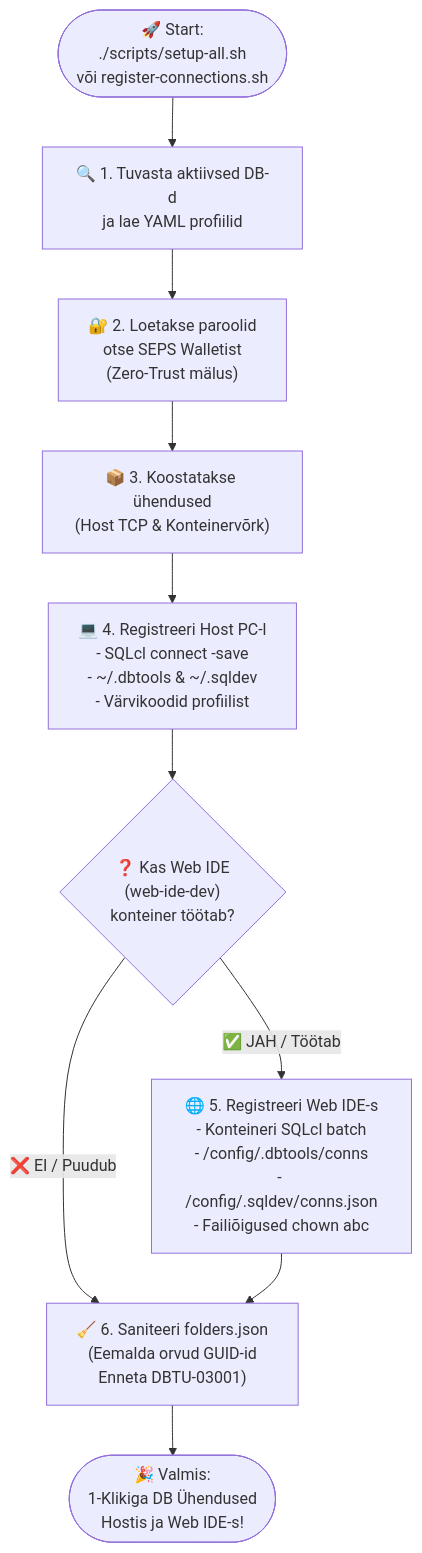
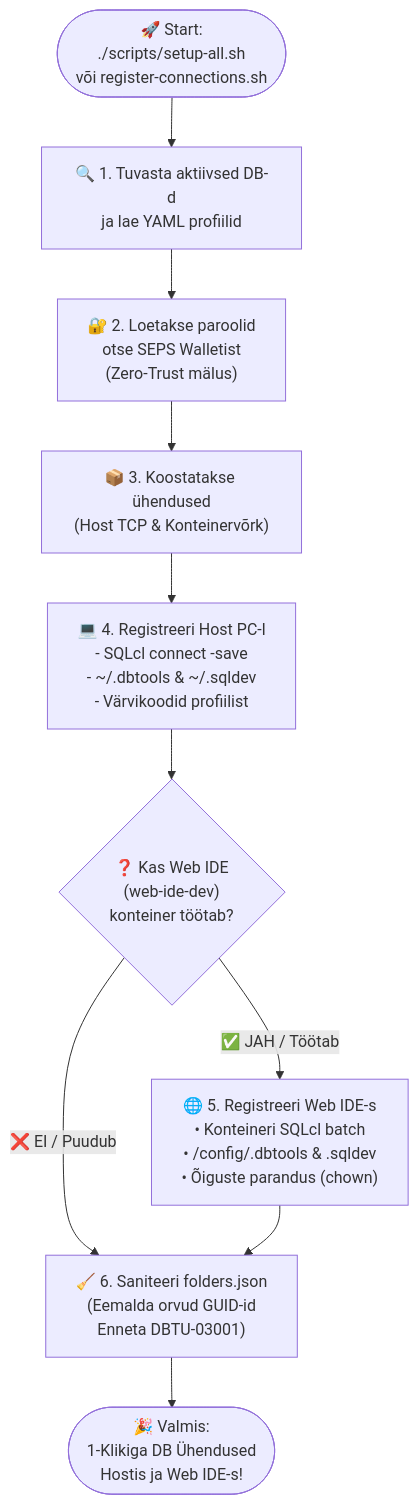
Before and after one commit to alahe/oracle-devops-platform: the diagram in connections/README.et.md, drawn with Mermaid. The commit also changed 412 other files, not shown here.

````diff
--- a/connections/README.et.md
+++ b/connections/README.et.md
@@ -17,20 +17,20 @@
 ```mermaid
 flowchart TD
   START(["🚀 Start:<br/>./scripts/setup-all.sh<br/>või register-connections.sh"]) --> DISCOVER["🔍 1. Tuvasta aktiivsed DB-d<br/>ja lae YAML profiilid"]
   
   DISCOVER --> WALLET["🔐 2. Loetakse paroolid<br/>otse SEPS Walletist<br/>(Zero-Trust mälus)"]
   
   WALLET --> BUILD_CONNS["📦 3. Koostatakse ühendused<br/>(Host TCP & Konteinervõrk)"]
   
   BUILD_CONNS --> HOST_REG["💻 4. Registreeri Host PC-l<br/>- SQLcl connect -save<br/>- ~/.dbtools & ~/.sqldev<br/>- Värvikoodid profiilist"]
   
   HOST_REG --> CHECK_WEBIDE{"❓ Kas Web IDE<br/>(web-ide-dev)<br/>konteiner töötab?"}
   
-  CHECK_WEBIDE -->|"✅ JAH / Töötab"| WEBIDE_REG["🌐 5. Registreeri Web IDE-s<br/>- Konteineri SQLcl batch<br/>- /config/.dbtools/conns<br/>- /config/.sqldev/conns.json<br/>- Failiõigused chown abc"]
+  CHECK_WEBIDE -->|"✅ JAH / Töötab"| WEBIDE_REG["🌐 5. Registreeri Web IDE-s<br/>• Konteineri SQLcl batch<br/>• /config/.dbtools & .sqldev<br/>• Õiguste parandus (chown)"]
   
   CHECK_WEBIDE -->|"❌ EI / Puudub"| SANITIZE["🧹 6. Saniteeri folders.json<br/>(Eemalda orvud GUID-id<br/>Enneta DBTU-03001)"]
   
   WEBIDE_REG --> SANITIZE
   
   SANITIZE --> READY(["🎉 Valmis:<br/>1-Klikiga DB Ühendused<br/>Hostis ja Web IDE-s!"])
 ```
````
